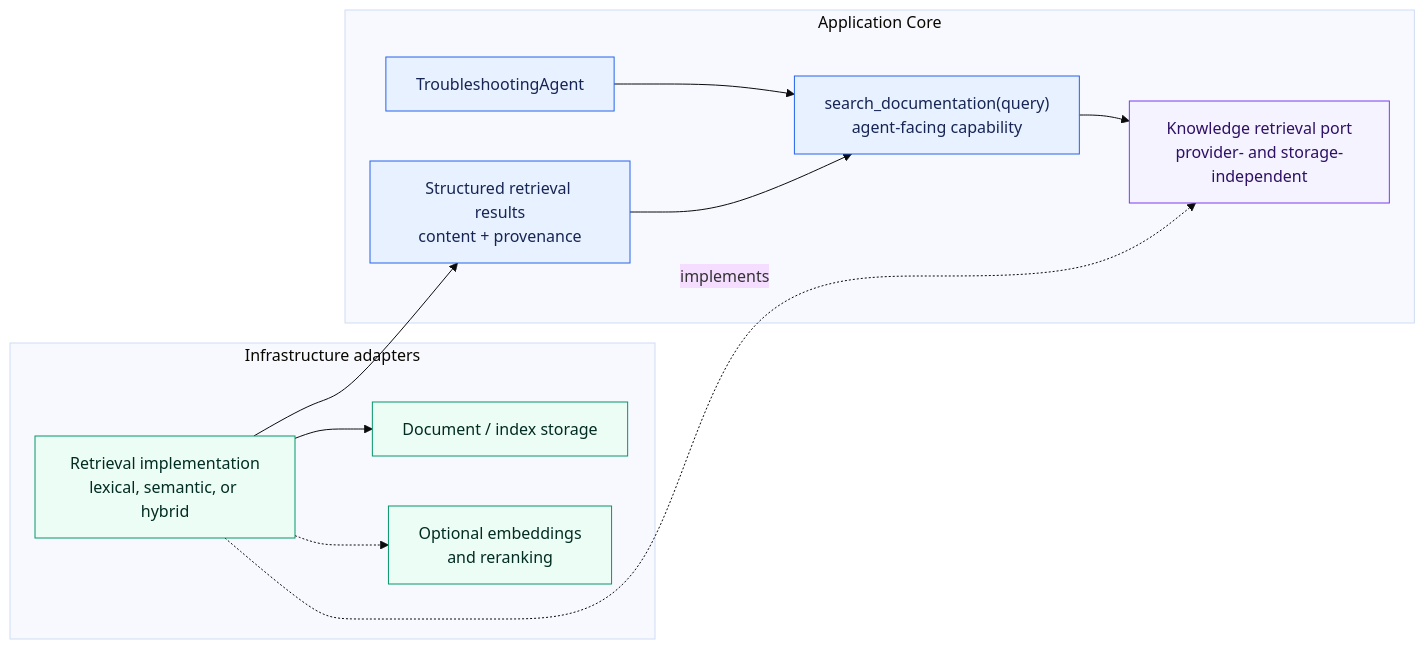
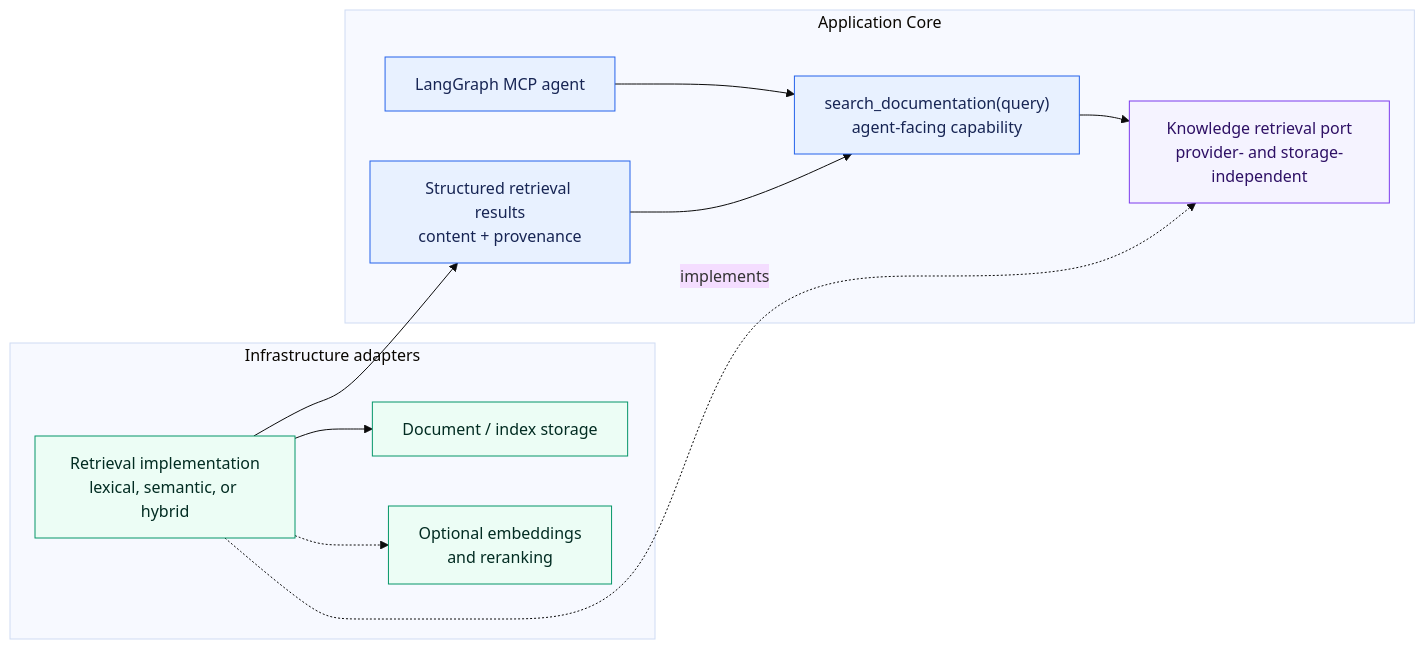
Before and after one commit to aboerzel/industrial-ai-agent: the first of 2 diagrams in docs/decisions/ADR-006-knowledge-retrieval-and-rag-architecture.md, drawn with Mermaid (base theme). The commit also changed other lines of this file and 30 other files, not shown here.

````diff
--- a/docs/decisions/ADR-006-knowledge-retrieval-and-rag-architecture.md
+++ b/docs/decisions/ADR-006-knowledge-retrieval-and-rag-architecture.md
@@ -37,30 +37,30 @@
 ```mermaid
 flowchart LR
     subgraph Core["Application Core"]
-        Agent["TroubleshootingAgent"]
+        Agent["LangGraph MCP agent"]
         Capability["search_documentation(query)<br/>agent-facing capability"]
         Port["Knowledge retrieval port<br/>provider- and storage-independent"]
         Result["Structured retrieval results<br/>content + provenance"]
         Agent --> Capability
         Capability --> Port
         Result --> Capability
     end
 
     subgraph Infrastructure["Infrastructure adapters"]
         Runtime["Retrieval implementation<br/>lexical, semantic, or hybrid"]
         Store["Document / index storage"]
         Optional["Optional embeddings<br/>and reranking"]
         Runtime --> Store
         Runtime -.-> Optional
     end
 
     Runtime -.->|"implements"| Port
     Runtime --> Result
 
     classDef core fill:#e8f1ff,stroke:#2563eb,color:#172554
     classDef port fill:#f5f3ff,stroke:#7c3aed,color:#2e1065
     classDef adapter fill:#ecfdf5,stroke:#059669,color:#022c22
     class Agent,Capability,Result core
     class Port port
     class Runtime,Store,Optional adapter
 ```
````
